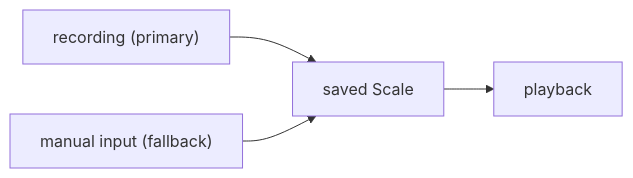
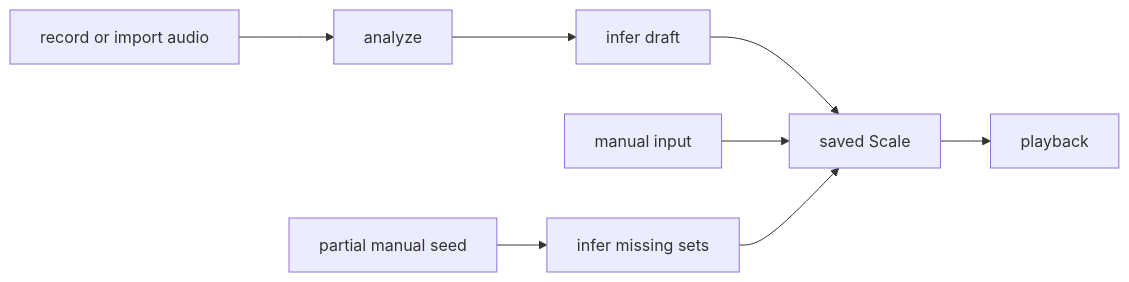
One commit to robertdyr/skales-v1 changed the first of 6 diagrams in docs/overview.md. Above: the diagram before and after it, drawn with Mermaid. The commit also changed other lines of this file and 34 other files, not shown here.

````diff
--- a/docs/overview.md
+++ b/docs/overview.md
@@ -13,6 +29,7 @@
 ```mermaid
 flowchart LR
-    Recording["recording (primary)"] --> Saved["saved Scale"]
-    Manual["manual input (fallback)"] --> Saved
+    Recording["record or import audio"] --> Analyze["analyze"] --> InferA["infer draft"] --> Saved["saved Scale"]
+    Manual["manual input"] --> Saved
+    Seeded["partial manual seed"] --> InferB["infer missing sets"] --> Saved
     Saved --> Playback["playback"]
 ```
````
